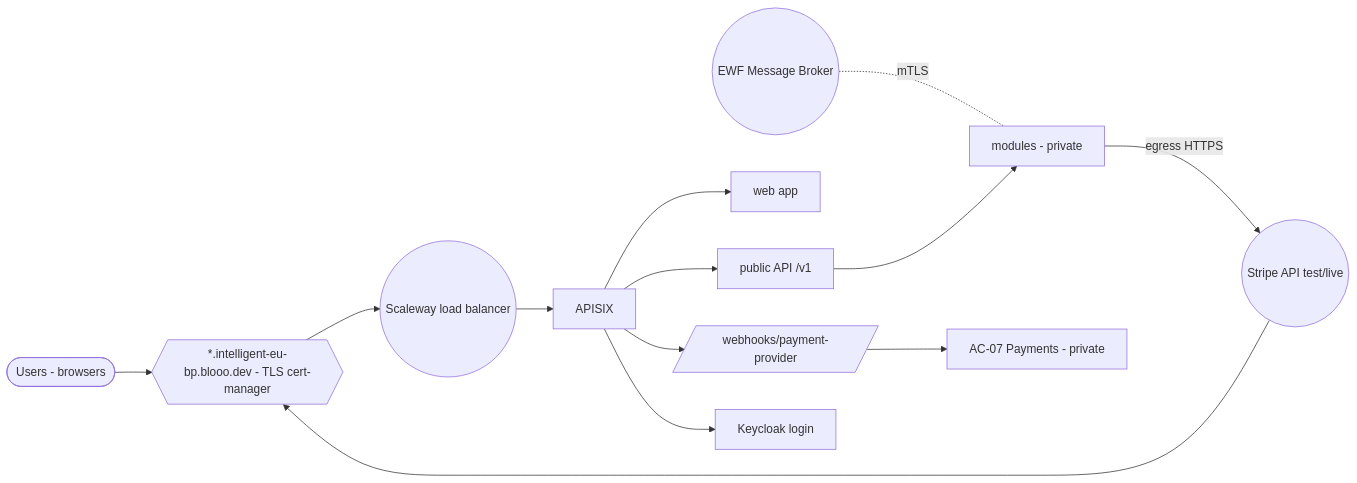
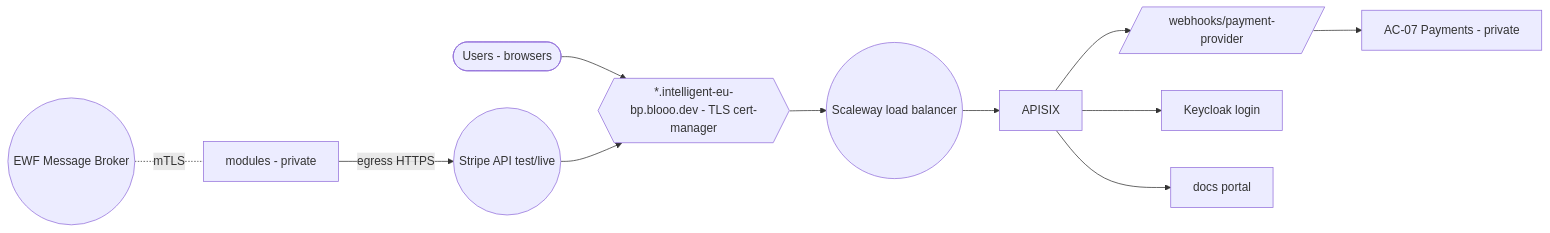
Before and after one commit to blooo-io/intelligent-eu-bps-source: the second of 2 diagrams in docs/architecture/05-physical-architecture.md, drawn with Mermaid. The commit also changed other lines of this file and 15 other files, not shown here.

````diff
--- a/docs/architecture/05-physical-architecture.md
+++ b/docs/architecture/05-physical-architecture.md
@@ -84,16 +84,15 @@
 ```mermaid
 %% elk %%
 flowchart LR
   USER([Users - browsers]) --> DNS{{*.intelligent-eu-bp.blooo.dev - TLS cert-manager}}
   STRIPE((Stripe API test/live)) --> DNS
   EWF((EWF Message Broker)) -. mTLS .- MODS
   DNS --> LB((Scaleway load balancer))
   LB --> APX[APISIX]
-  APX --> WEB[web app]
-  APX --> API[public API /v1]
   APX --> HOOK[/webhooks/payment-provider/]
   APX --> KC[Keycloak login]
-  API --> MODS[modules - private]
+  APX --> DOCS[docs portal]
   HOOK --> PAY[AC-07 Payments - private]
+  MODS[modules - private]
   MODS -- egress HTTPS --> STRIPE
 ```
````
